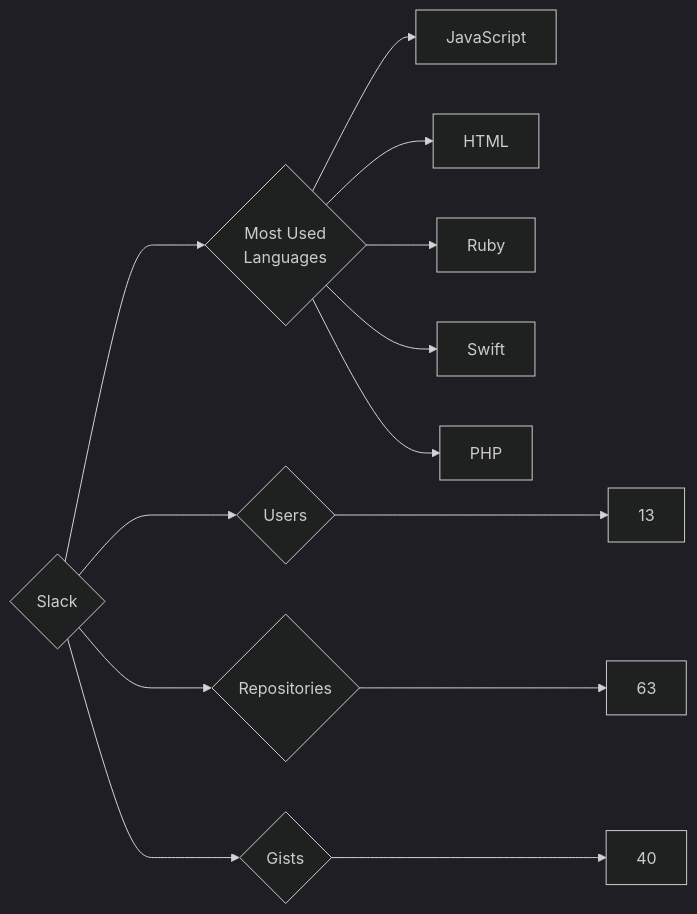
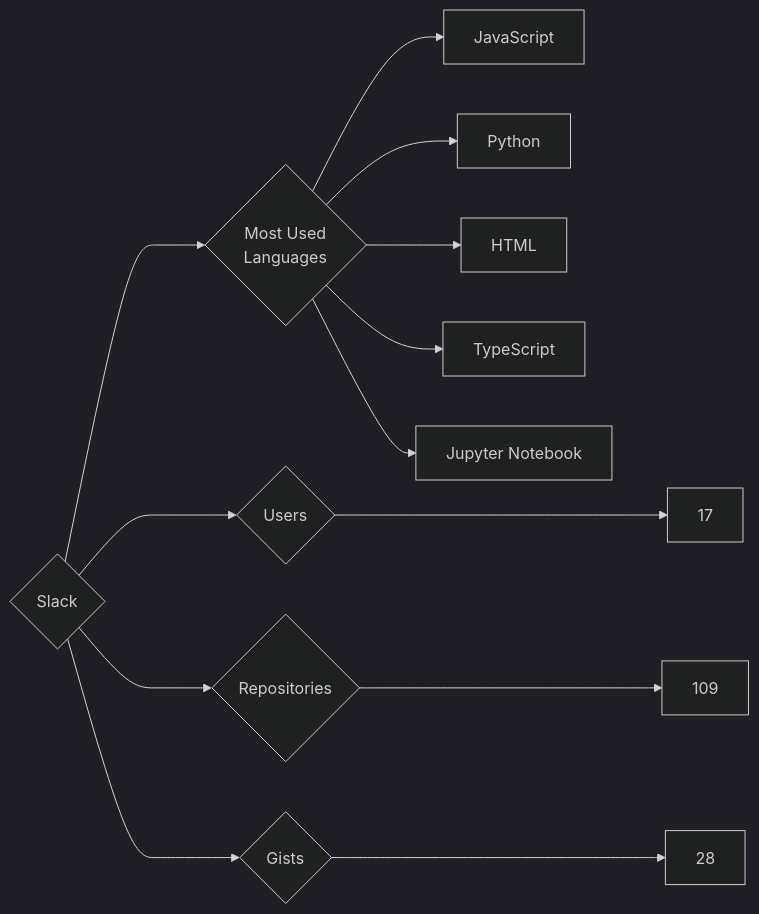
The diagram in targets/Slack/README.md (trickest/insiders), drawn with Mermaid (dark theme) before and after one commit. The commit also changed 695 other files, not shown here.

````diff
--- a/targets/Slack/README.md
+++ b/targets/Slack/README.md
@@ -3,13 +3,13 @@
 ```mermaid
 graph LR
 COMPANY_NAME{Slack}
-COMPANY_NAME ---> U{Users} ---> UN[13]
-COMPANY_NAME ---> R{Repositories} ---> RN[63]
-COMPANY_NAME ---> G{Gists} ---> GN[40]
+COMPANY_NAME ---> U{Users} ---> UN[17]
+COMPANY_NAME ---> R{Repositories} ---> RN[109]
+COMPANY_NAME ---> G{Gists} ---> GN[28]
 COMPANY_NAME ---> ML{Most Used<br>Languages}
 ML --> JavaScript[JavaScript]
+ML --> Python[Python]
 ML --> HTML[HTML]
-ML --> Ruby[Ruby]
-ML --> Swift[Swift]
-ML --> PHP[PHP]
+ML --> TypeScript[TypeScript]
+ML --> Jupyter_Notebook[Jupyter Notebook]
 ```
````
